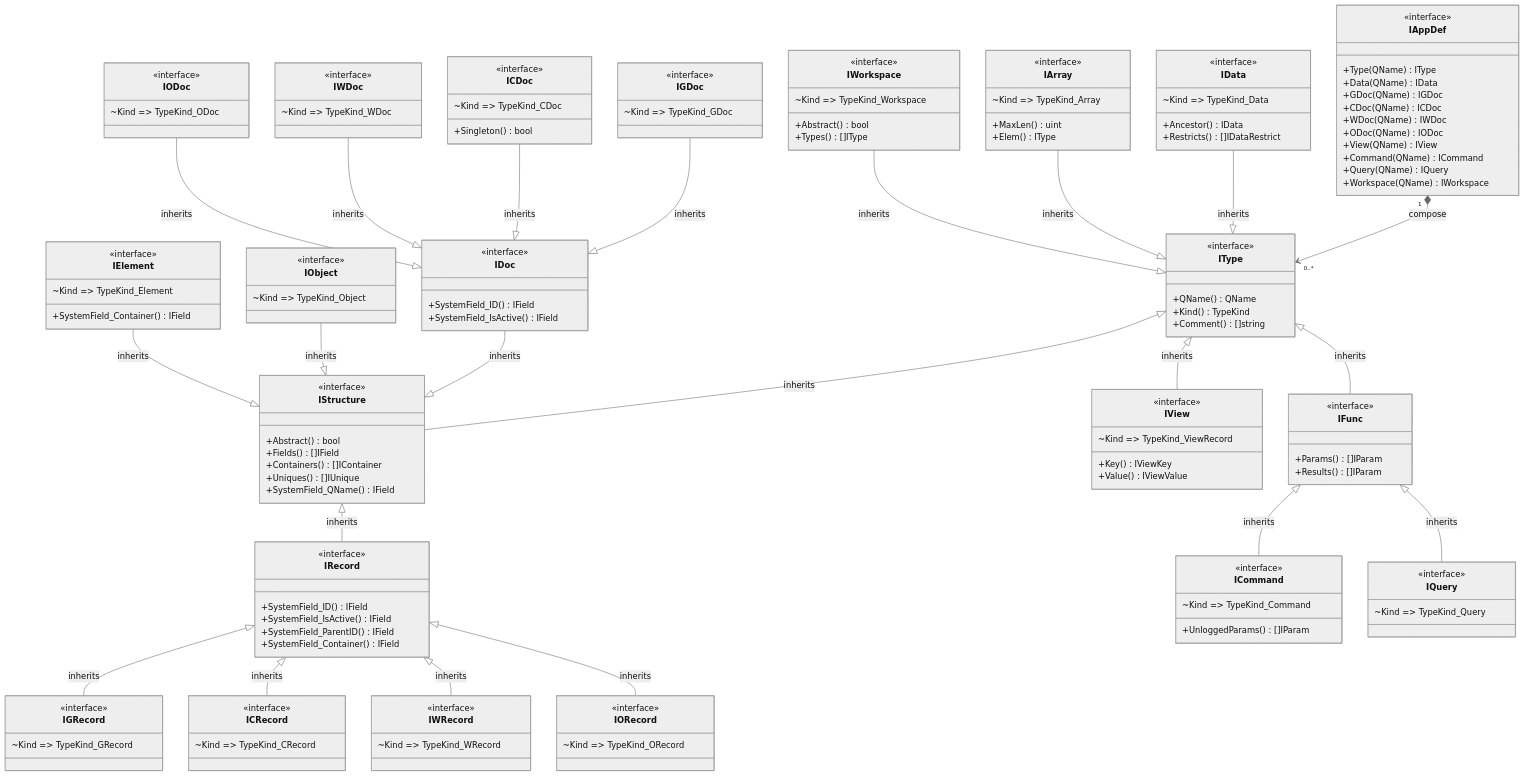
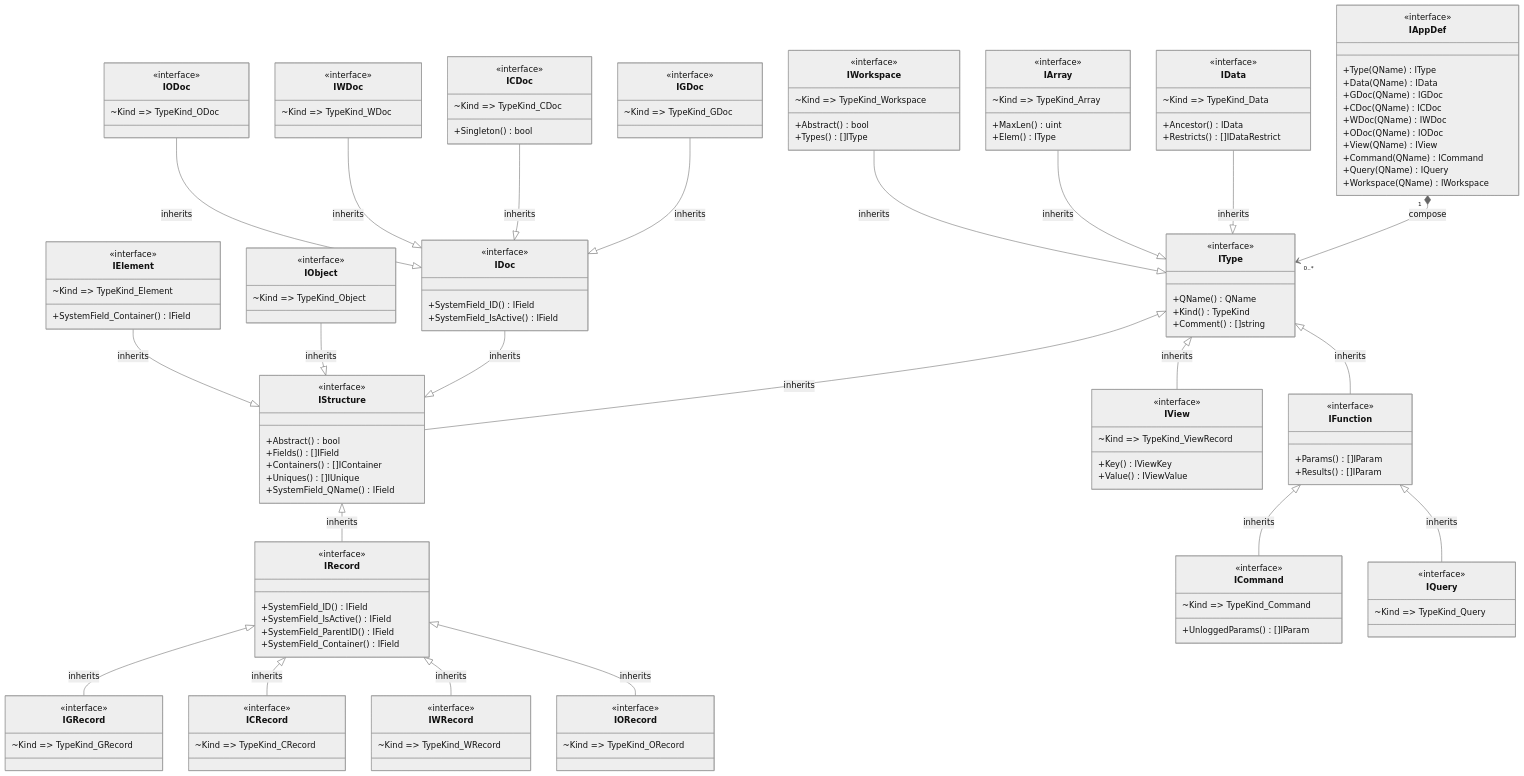
The first of 7 diagrams in pkg/appdef/README.md (voedger/voedger), drawn with Mermaid (neutral theme) before and after one commit. The commit also changed other lines of this file and 15 other files, not shown here.

Commit message:
rename IFunc -> IFunction

```diff
--- a/pkg/appdef/README.md
+++ b/pkg/appdef/README.md
@@ -142,21 +142,21 @@
         +Value() IViewValue
     }
             
-    IType <|-- IFunc : inherits
-    class IFunc {
+    IType <|-- IFunction : inherits
+    class IFunction {
         <<interface>>
         +Params() []IParam
         +Results() []IParam
     }
 
-    IFunc <|-- ICommand : inherits
+    IFunction <|-- ICommand : inherits
     class ICommand {
         <<interface>>
         ~Kind => TypeKind_Command
         +UnloggedParams() []IParam
     }
 
-    IFunc <|-- IQuery : inherits
+    IFunction <|-- IQuery : inherits
     class IQuery {
         <<interface>>
         ~Kind => TypeKind_Query
```
